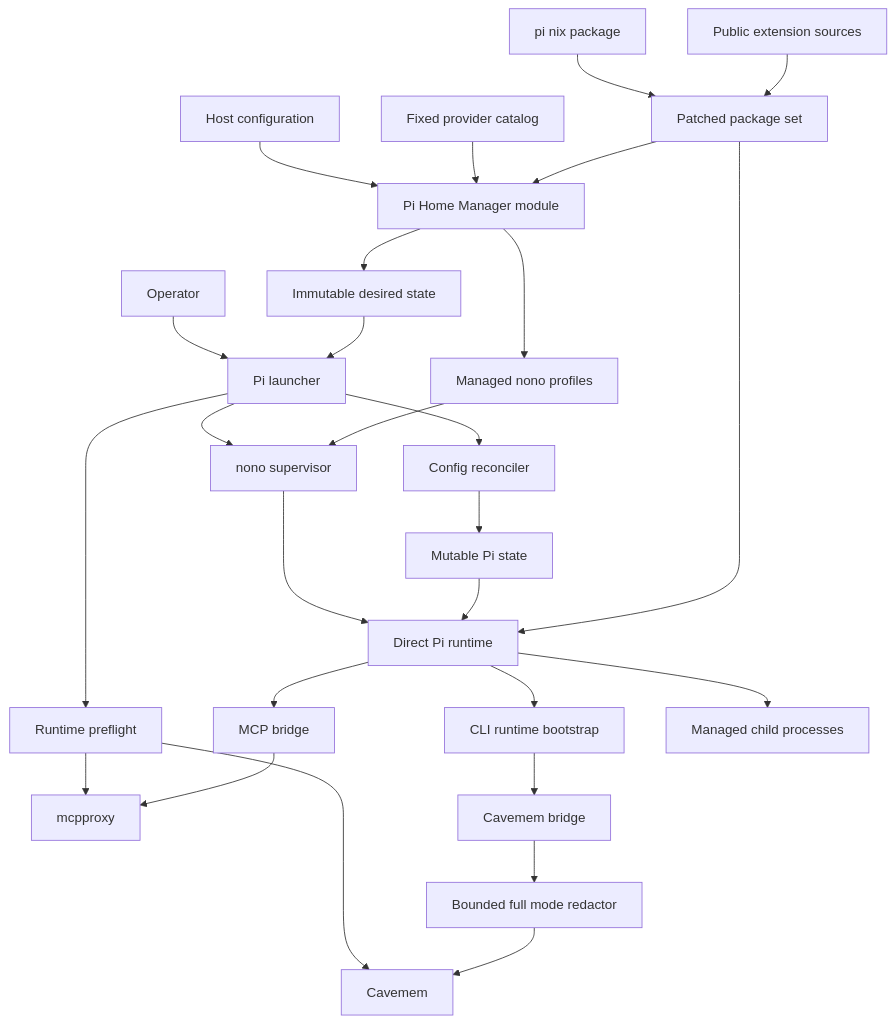
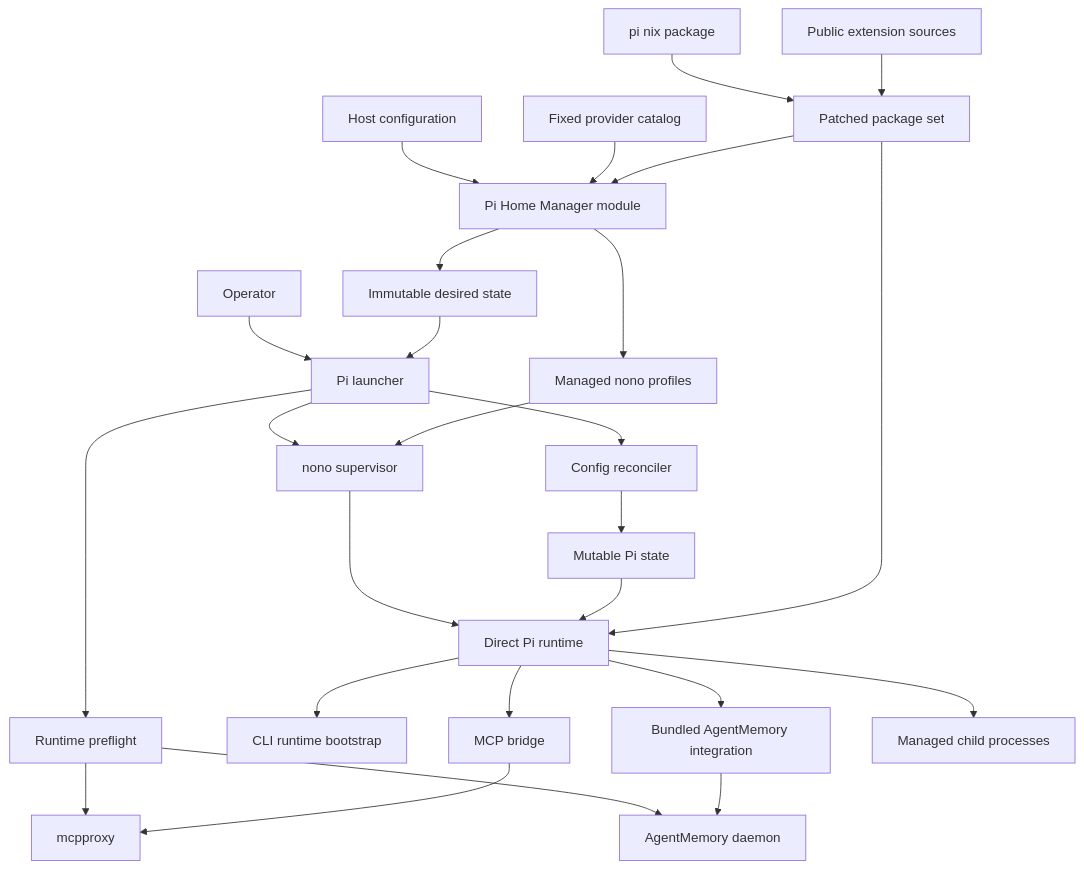
Before and after one commit to DWSR/nix-config: the first of 3 diagrams in .kiro/specs/pi-agent-integration/design.md, drawn with Mermaid. The commit also changed other lines of this file and 5 other files, not shown here.

Commit message:
docs(pi-agent-integration): align memory backend with agentmemory

````diff
--- a/.kiro/specs/pi-agent-integration/design.md
+++ b/.kiro/specs/pi-agent-integration/design.md
@@ -97,29 +101,28 @@
 ```mermaid
 flowchart TB
     PiNix[pi nix package] --> PackageSet[Patched package set]
     PublicSources[Public extension sources] --> PackageSet
     HostConfig[Host configuration] --> HomeModule[Pi Home Manager module]
     ProviderCatalog[Fixed provider catalog] --> HomeModule
     PackageSet --> HomeModule
     HomeModule --> DesiredState[Immutable desired state]
     HomeModule --> Profiles[Managed nono profiles]
     Operator[Operator] --> Launcher[Pi launcher]
     DesiredState --> Launcher
     Launcher --> Reconciler[Config reconciler]
     Reconciler --> PiState[Mutable Pi state]
     Launcher --> Preflight[Runtime preflight]
     Preflight --> McpProxy[mcpproxy]
-    Preflight --> Cavemem[Cavemem]
+    Preflight --> AgentMemory[AgentMemory daemon]
     Launcher --> Nono[nono supervisor]
     Profiles --> Nono
     Nono --> PiRuntime[Direct Pi runtime]
     PiState --> PiRuntime
     PackageSet --> PiRuntime
     PiRuntime --> RuntimeBootstrap[CLI runtime bootstrap]
     PiRuntime --> McpBridge[MCP bridge]
     McpBridge --> McpProxy
-    RuntimeBootstrap --> CaptureBridge[Cavemem bridge]
-    CaptureBridge --> FullModeRedactor[Bounded full mode redactor]
-    FullModeRedactor --> Cavemem
+    PiRuntime --> AgentMemoryPlugin[Bundled AgentMemory integration]
+    AgentMemoryPlugin --> AgentMemory
     PiRuntime --> ManagedChildren[Managed child processes]
 ```
````
